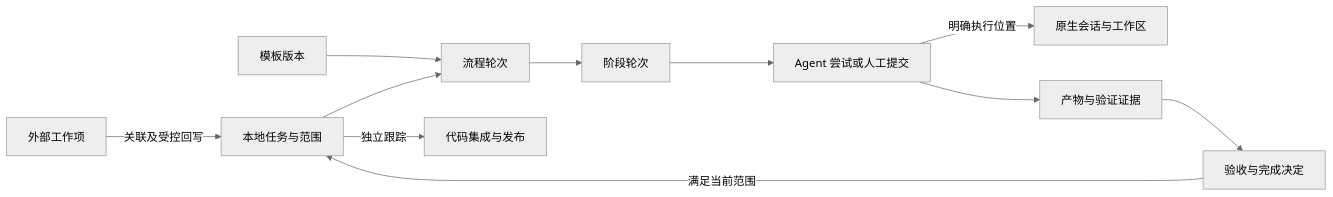
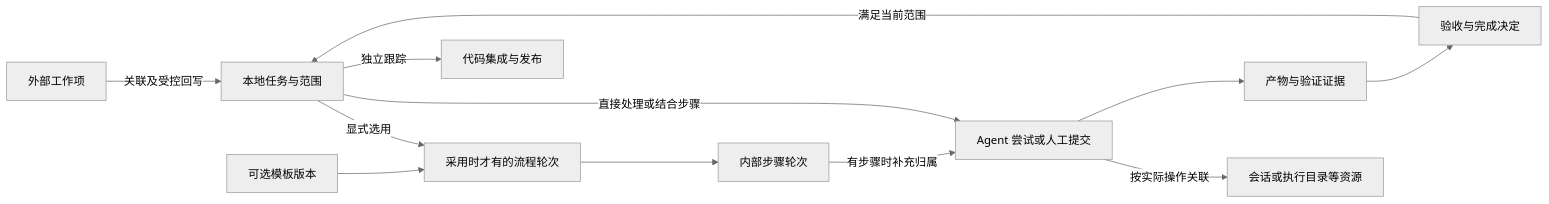
The diagram in docs/product/domain-model.md (Zack-Zz/reed), drawn with Mermaid (neutral theme) before and after one commit. The commit also changed other lines of this file and 156 other files, not shown here.

````diff
--- a/docs/product/domain-model.md
+++ b/docs/product/domain-model.md
@@ -72,13 +76,14 @@
 ```mermaid
 flowchart LR
     X[外部工作项] -->|关联及受控回写| T[本地任务与范围]
-    P[模板版本] --> W[流程轮次]
-    T --> W
-    W --> S[阶段轮次]
-    S --> E[Agent 尝试或人工提交]
-    E -->|明确执行位置| R[原生会话与工作区]
+    P[可选模板版本] --> W[采用时才有的流程轮次]
+    T -->|显式选用| W
+    W --> S[内部步骤轮次]
+    T -->|直接处理或结合步骤| E[Agent 尝试或人工提交]
+    S -->|有步骤时补充归属| E
+    E -->|按实际操作关联| R[会话或执行目录等资源]
     E --> A[产物与验证证据]
     A --> D[验收与完成决定]
     D -->|满足当前范围| T
     T -->|独立跟踪| G[代码集成与发布]
 ```
````
